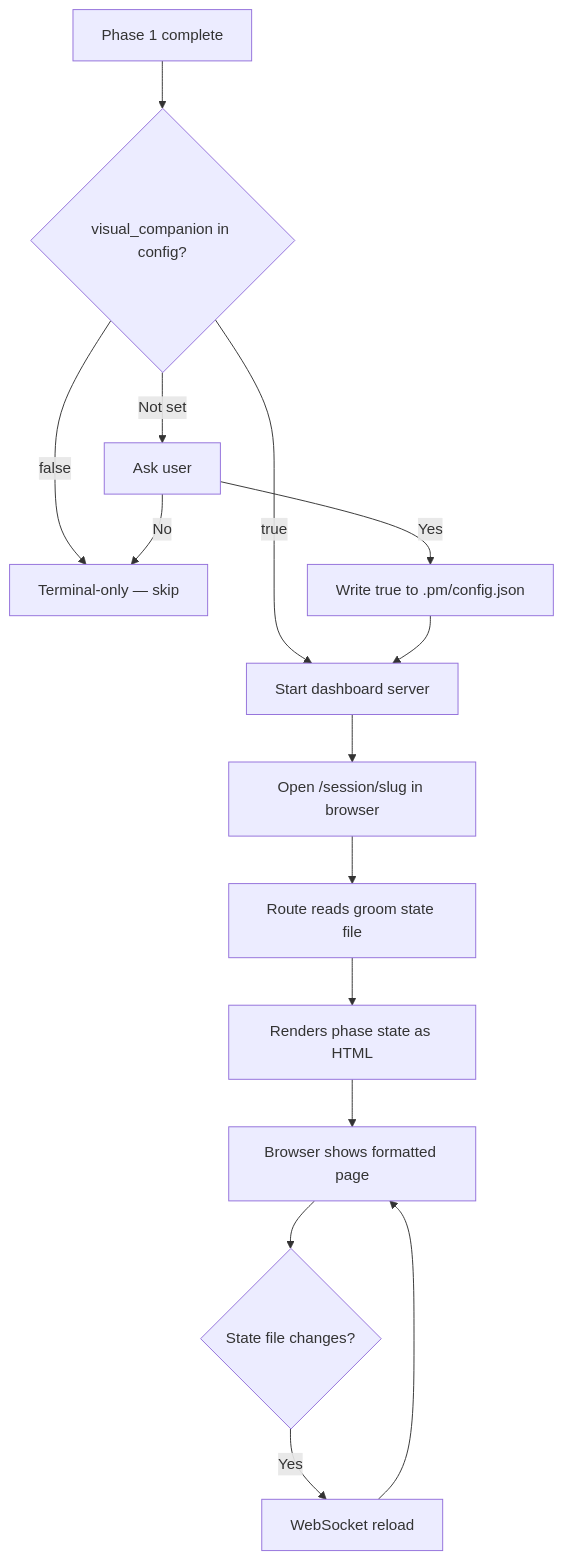
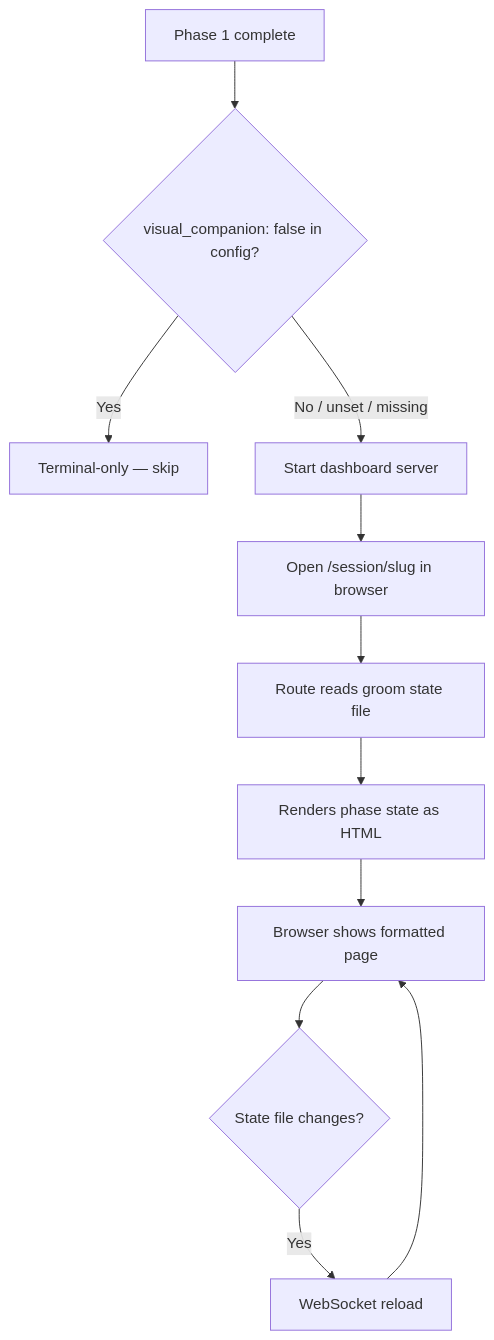
Before and after one commit to soelinmyat/pm: the diagram in pm/backlog/groom-companion-session-route.md, drawn with Mermaid. The commit also changed other lines of this file and 16 other files, not shown here.

First line of the commit message:
feat: proposal IDs, stable port reuse, dashboard-first groom reframing

````diff
--- a/pm/backlog/groom-companion-session-route.md
+++ b/pm/backlog/groom-companion-session-route.md
@@ -37,18 +37,14 @@
 ```mermaid
 graph TD
-    A[Phase 1 complete] --> B{visual_companion in config?}
-    B -->|Not set| C[Ask user]
-    B -->|true| E[Start dashboard server]
-    B -->|false| D[Terminal-only — skip]
-    C -->|Yes| F[Write true to .pm/config.json]
-    C -->|No| D
-    F --> E
+    A[Phase 1 complete] --> B{visual_companion: false in config?}
+    B -->|Yes| D[Terminal-only — skip]
+    B -->|No / unset / missing| E[Start dashboard server]
     E --> G[Open /session/slug in browser]
     G --> H[Route reads groom state file]
     H --> I[Renders phase state as HTML]
     I --> J[Browser shows formatted page]
     J --> K{State file changes?}
     K -->|Yes| L[WebSocket reload]
     L --> J
-    %% Source: pm/research/groom-visual-companion/findings.md — Playwright --ui opt-in pattern
+    %% Source: pm/research/groom-visual-companion/findings.md — dashboard-first default
 ```
````
